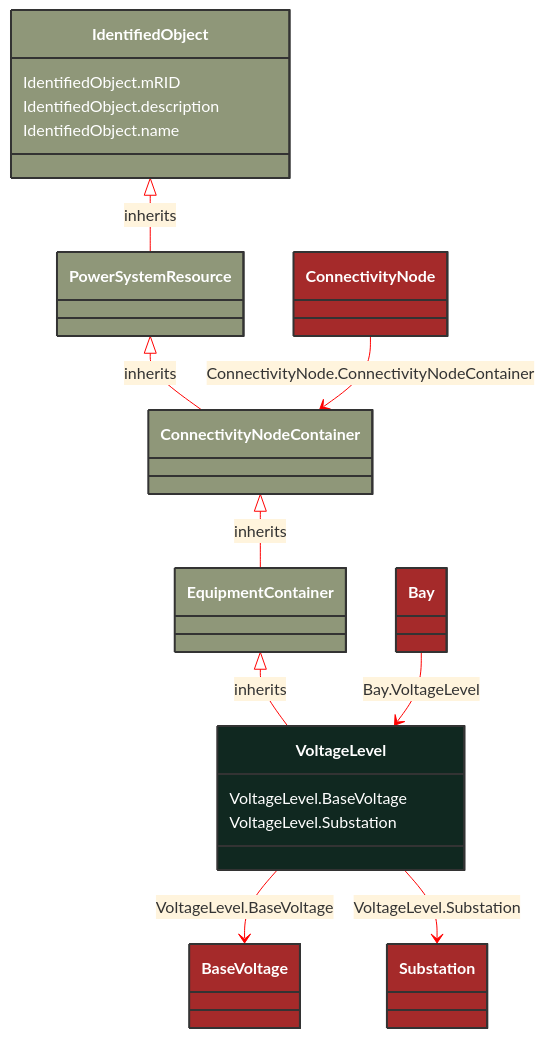
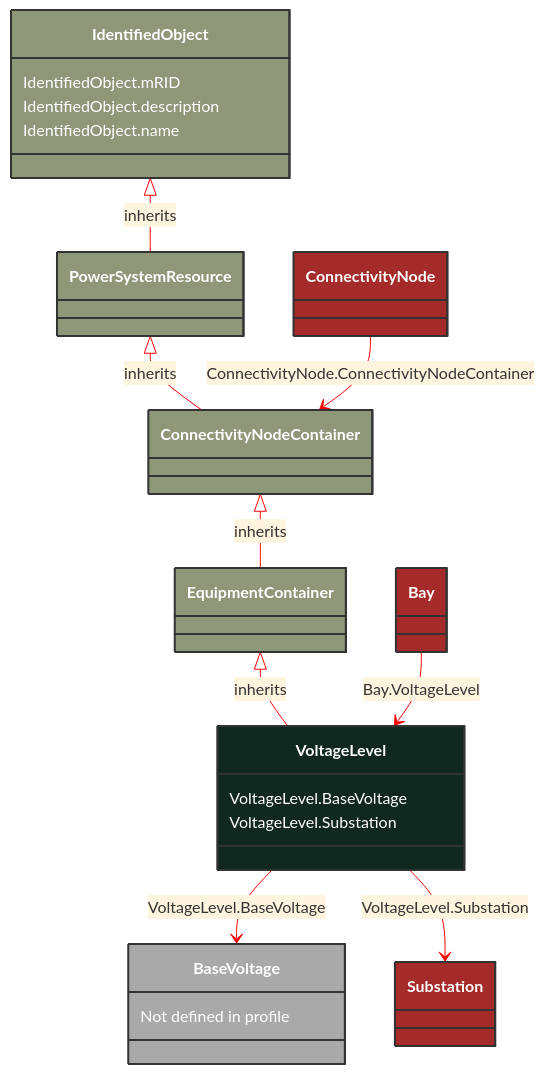
Before and after one commit to 3lbits/NoCIMExtensions: the diagram in docs/Models/Profiles/Telemark-120BoundaryModel/ConcreteClasses/VoltageLevel.md, drawn with Mermaid. The commit also changed 50 other files, not shown here.

Commit message:
Fixed schema

````diff
--- a/docs/Models/Profiles/Telemark-120BoundaryModel/ConcreteClasses/VoltageLevel.md
+++ b/docs/Models/Profiles/Telemark-120BoundaryModel/ConcreteClasses/VoltageLevel.md
@@ -8,53 +8,54 @@
 ```mermaid
 %%{init: {'theme':'base','themeVariables': {'lineColor': '#FF0000'}}}%%
 classDiagram
     class VoltageLevel
     click VoltageLevel href "/Models/Profiles/Telemark-120BoundaryModel/ConcreteClasses/VoltageLevel/"
     style VoltageLevel fill:#102820,stroke:#333,stroke-width:2px,rx:10,ry:10,color:white
      
         EquipmentContainer <|-- VoltageLevel : inherits
             click EquipmentContainer href "/Models/Profiles/Telemark-120BoundaryModel/AbstractClasses/EquipmentContainer/"
             style EquipmentContainer fill:#8F9779,stroke:#333,stroke-width:2px,rx:10,ry:10,color:white
      
         ConnectivityNodeContainer <|-- EquipmentContainer : inherits
             click ConnectivityNodeContainer href "/Models/Profiles/Telemark-120BoundaryModel/AbstractClasses/ConnectivityNodeContainer/"
             style ConnectivityNodeContainer fill:#8F9779,stroke:#333,stroke-width:2px,rx:10,ry:10,color:white
      
         PowerSystemResource <|-- ConnectivityNodeContainer : inherits
             click PowerSystemResource href "/Models/Profiles/Telemark-120BoundaryModel/AbstractClasses/PowerSystemResource/"
             style PowerSystemResource fill:#8F9779,stroke:#333,stroke-width:2px,rx:10,ry:10,color:white
      
         IdentifiedObject <|-- PowerSystemResource : inherits
             click IdentifiedObject href "/Models/Profiles/Telemark-120BoundaryModel/AbstractClasses/IdentifiedObject/"
             style IdentifiedObject fill:#8F9779,stroke:#333,stroke-width:2px,rx:10,ry:10,color:white
 
         VoltageLevel --> BaseVoltage : VoltageLevel.BaseVoltage
 
+        BaseVoltage : Not defined in profile
+
         BaseVoltage
-            click BaseVoltage href "/Models/Profiles/Telemark-120BoundaryModel/ConcreteClasses/BaseVoltage/"
-            style BaseVoltage fill:#A52A2A,stroke:#333,stroke-width:2px,rx:10,ry:10,color:white
+            style BaseVoltage fill:#A9A9A9,stroke:#333,stroke-width:2px,rx:10,ry:10,color:white
         VoltageLevel --> Substation : VoltageLevel.Substation
 
         Substation
             click Substation href "/Models/Profiles/Telemark-120BoundaryModel/ConcreteClasses/Substation/"
             style Substation fill:#A52A2A,stroke:#333,stroke-width:2px,rx:10,ry:10,color:white
 
         Bay --> VoltageLevel : Bay.VoltageLevel
 
         Bay
             click Bay href "/Models/Profiles/Telemark-120BoundaryModel/ConcreteClasses/Bay/"
             style Bay fill:#A52A2A,stroke:#333,stroke-width:2px,rx:10,ry:10,color:white
 
         ConnectivityNode --> ConnectivityNodeContainer : ConnectivityNode.ConnectivityNodeContainer
 
         ConnectivityNode
             click ConnectivityNode href "/Models/Profiles/Telemark-120BoundaryModel/ConcreteClasses/ConnectivityNode/"
             style ConnectivityNode fill:#A52A2A,stroke:#333,stroke-width:2px,rx:10,ry:10,color:white
 
 
         VoltageLevel : VoltageLevel.BaseVoltage
         VoltageLevel : VoltageLevel.Substation
         IdentifiedObject : IdentifiedObject.mRID
         IdentifiedObject : IdentifiedObject.description
         IdentifiedObject : IdentifiedObject.name
 ```
````
